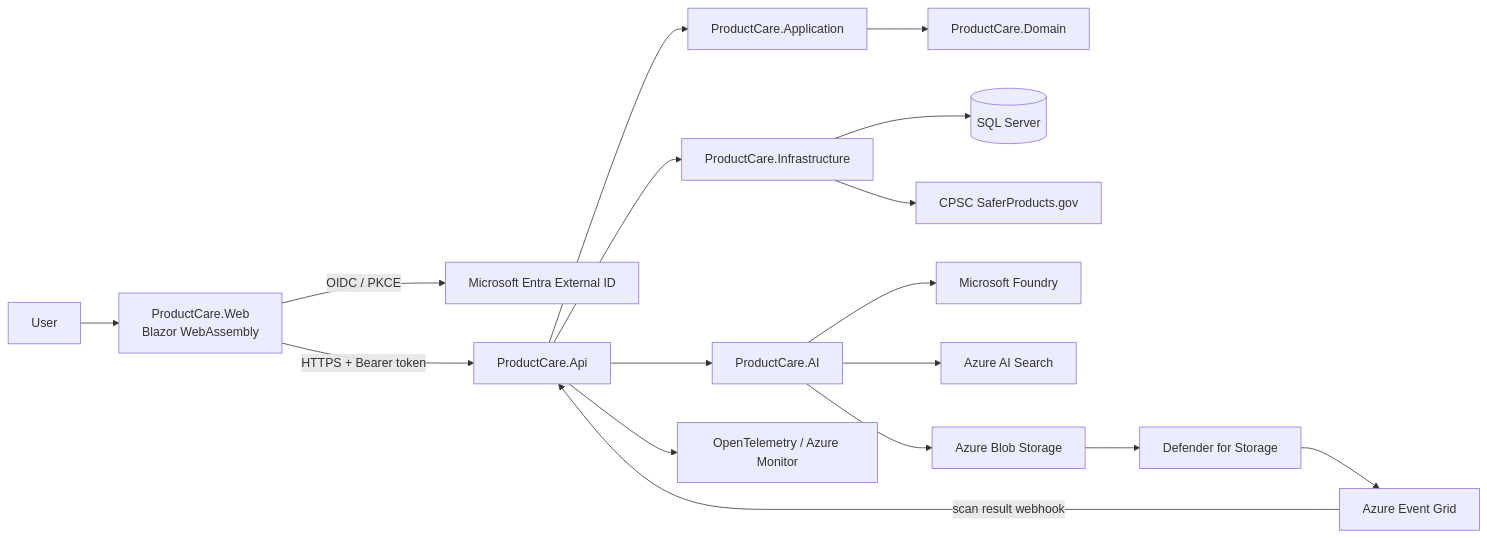
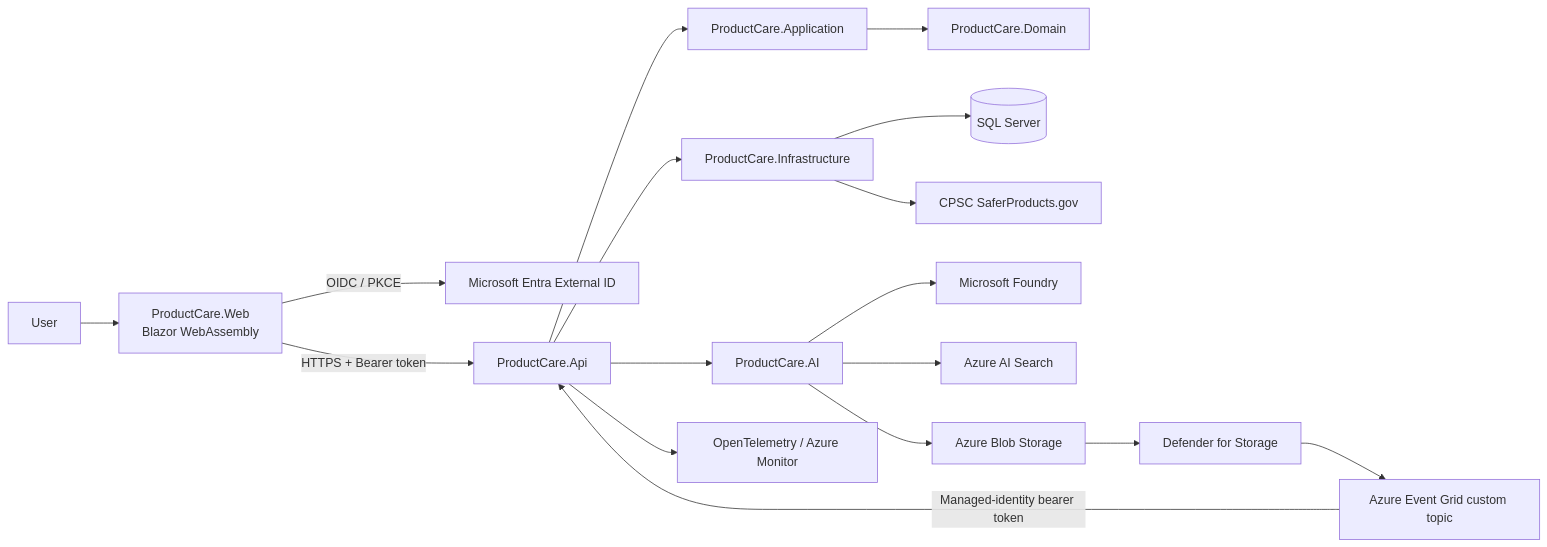
One commit to rvrexp/productcare changed the diagram in README.md. Above: the diagram before and after it, drawn with Mermaid. The commit also changed other lines of this file and 7 other files, not shown here.

Commit message:
Update security and architecture documentation (#28)

````diff
--- a/README.md
+++ b/README.md
@@ -25,25 +22,25 @@
 ```mermaid
 flowchart LR
     U[User] --> W[ProductCare.Web<br/>Blazor WebAssembly]
     W -->|OIDC / PKCE| E[Microsoft Entra External ID]
     W -->|HTTPS + Bearer token| API[ProductCare.Api]
 
     API --> APP[ProductCare.Application]
     APP --> D[ProductCare.Domain]
 
     API --> INF[ProductCare.Infrastructure]
     API --> AI[ProductCare.AI]
 
     INF --> DB[(SQL Server)]
     INF --> CPSC[CPSC SaferProducts.gov]
 
     AI --> F[Microsoft Foundry]
     AI --> S[Azure AI Search]
     AI --> B[Azure Blob Storage]
 
     B --> DFS[Defender for Storage]
-    DFS --> EG[Azure Event Grid]
-    EG -->|scan result webhook| API
+    DFS --> EG[Azure Event Grid custom topic]
+    EG -->|Managed-identity bearer token| API
 
     API --> O[OpenTelemetry / Azure Monitor]
 ```
````
